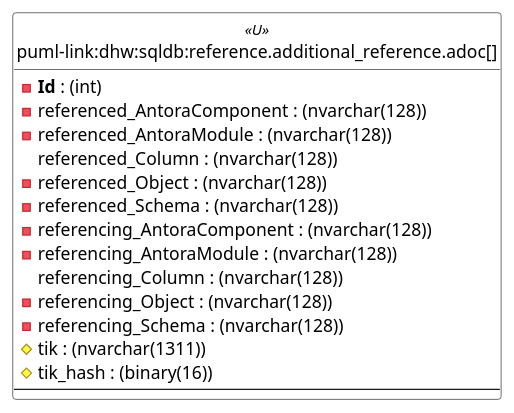
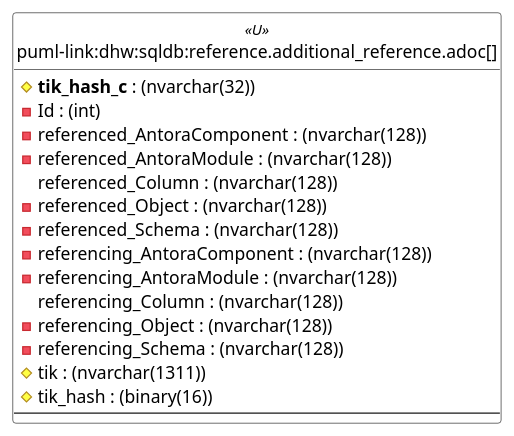
The first of 6 diagrams in docs/modules/sqldb/partials/content/reference.additional_reference.adoc (DataHandwerk/dhw-antora-sqldb), drawn with PlantUML before and after one commit. The commit also changed other lines of this file and 751 other files, not shown here.

```diff
--- a/docs/modules/sqldb/partials/content/reference.additional_reference.adoc
+++ b/docs/modules/sqldb/partials/content/reference.additional_reference.adoc
@@ -969,46 +1038,47 @@
 [plantuml, entity-{docname}, svg, subs=macros]
 ....
 'Left to right direction
 top to bottom direction
 hide circle
 'avoide "." issues:
 set namespaceSeparator none
 
 
 skinparam class {
   BackgroundColor White
   BackgroundColor<<FN>> Yellow
   BackgroundColor<<FS>> Yellow
   BackgroundColor<<FT>> LightGray
   BackgroundColor<<IF>> Yellow
   BackgroundColor<<IS>> Yellow
   BackgroundColor<<P>>  Aqua
   BackgroundColor<<PC>> Aqua
   BackgroundColor<<SN>> Yellow
   BackgroundColor<<SO>> SlateBlue
   BackgroundColor<<TF>> LightGray
   BackgroundColor<<TR>> Tomato
   BackgroundColor<<U>>  White
   BackgroundColor<<V>>  WhiteSmoke
   BackgroundColor<<X>>  Aqua
   BackgroundColor<<external>> AliceBlue
 }
 
 
 entity "puml-link:dhw:sqldb:reference.additional_reference.adoc[]" as reference.additional_Reference << U >> {
-  - **Id** : (int)
+  # **tik_hash_c** : (nvarchar(32))
+  - Id : (int)
   - referenced_AntoraComponent : (nvarchar(128))
   - referenced_AntoraModule : (nvarchar(128))
   referenced_Column : (nvarchar(128))
   - referenced_Object : (nvarchar(128))
   - referenced_Schema : (nvarchar(128))
   - referencing_AntoraComponent : (nvarchar(128))
   - referencing_AntoraModule : (nvarchar(128))
   referencing_Column : (nvarchar(128))
   - referencing_Object : (nvarchar(128))
   - referencing_Schema : (nvarchar(128))
   # tik : (nvarchar(1311))
   # tik_hash : (binary(16))
   --
 }
 ....
```
